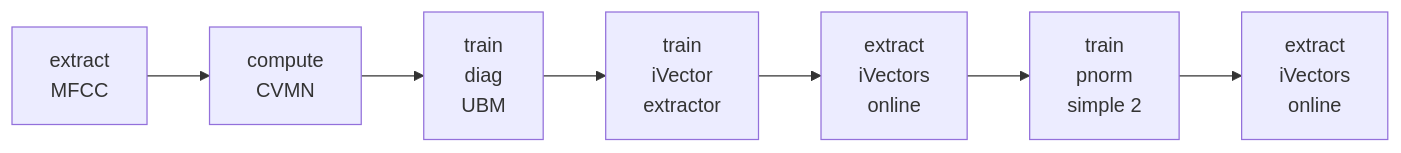
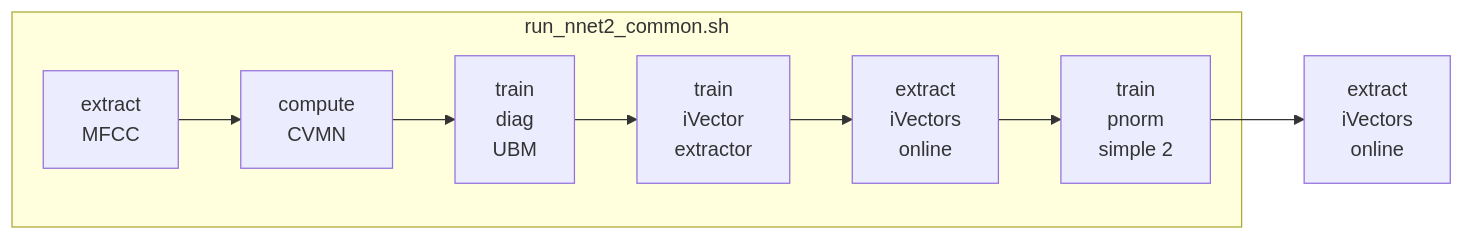
The third of 3 diagrams in README.md (falabrasil/kaldi-br), drawn with Mermaid before and after one commit. The commit also changed other lines of this file, not shown here.

Commit message:
modify training flowchart

````diff
--- a/README.md
+++ b/README.md
@@ -115,9 +115,11 @@
 ```mermaid
 graph LR;
+    subgraph "run_nnet2_common.sh"
     A[extract<br>MFCC]-->B;
     B[compute<br>CVMN]-->C;
     C[train<br>diag<br>UBM]-->D;
     D[train<br>iVector<br>extractor]-->E;
     E[extract<br>iVectors<br>online]-->F;
+    end
     F[train<br>pnorm<br>simple 2]-->G[extract<br>iVectors<br>online];
 ```
````
